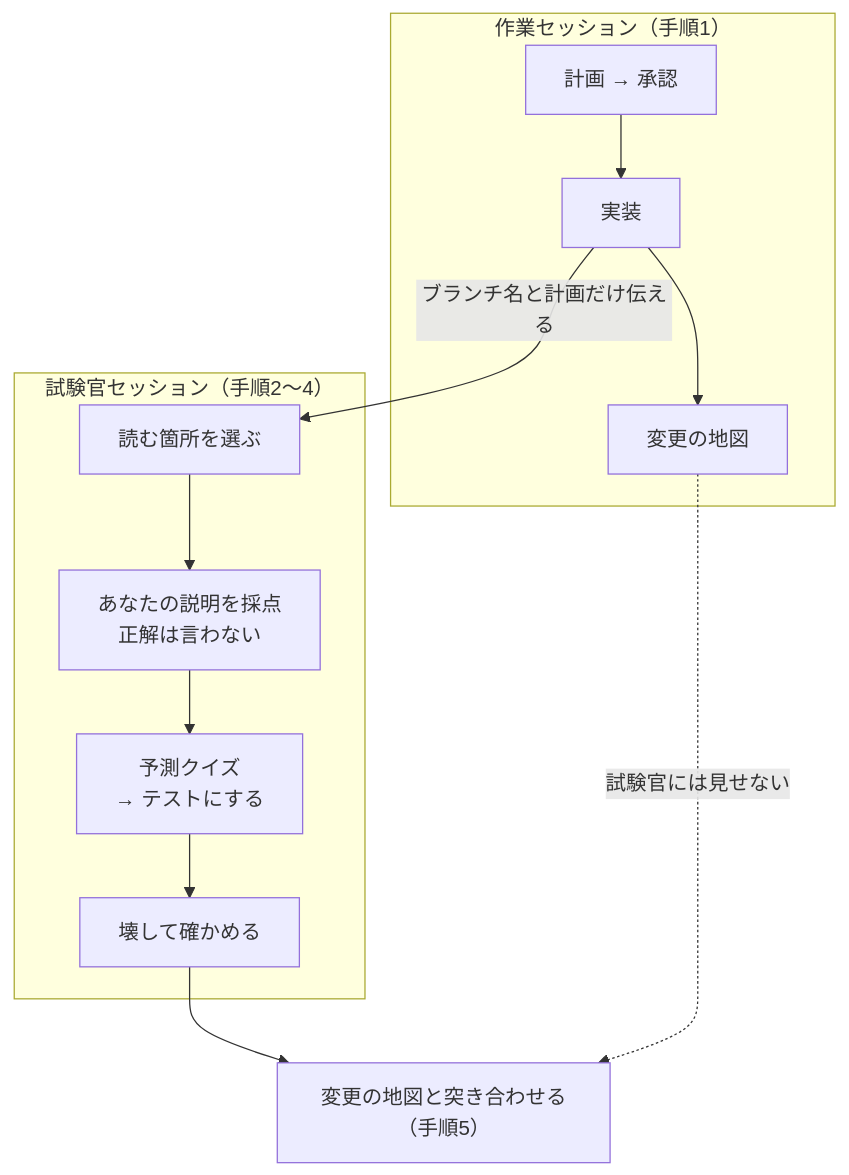
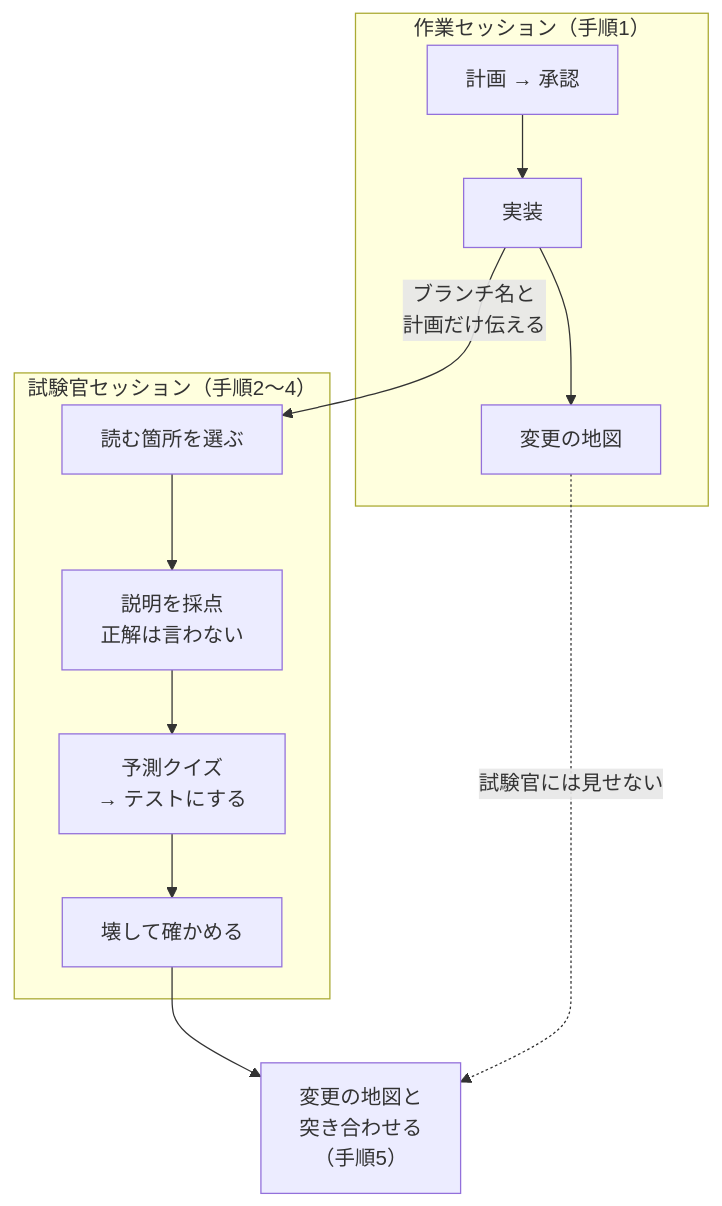
The diagram in README.md (cookkawasaki/dot-claude), drawn with Mermaid before and after one commit.

Commit message:
Set line breaks in diagram labels so GitHub does not wrap mid-word
Claude-Session: https://claude.ai/code/session_01WBfNx3NN7BKcavyKzyaQGu

````diff
--- a/README.md
+++ b/README.md
@@ -12,12 +12,12 @@
 ```mermaid
 flowchart TB
     subgraph A["作業セッション（手順1）"]
         A1["計画 → 承認"] --> A2["実装"] --> A3["変更の地図"]
     end
     subgraph B["試験官セッション（手順2〜4）"]
-        B1["読む箇所を選ぶ"] --> B2["あなたの説明を採点<br>正解は言わない"] --> B3["予測クイズ<br>→ テストにする"] --> B4["壊して確かめる"]
+        B1["読む箇所を選ぶ"] --> B2["説明を採点<br>正解は言わない"] --> B3["予測クイズ<br>→ テストにする"] --> B4["壊して確かめる"]
     end
-    A2 -- "ブランチ名と計画だけ伝える" --> B1
-    B4 --> C["変更の地図と突き合わせる（手順5）"]
+    A2 -- "ブランチ名と<br>計画だけ伝える" --> B1
+    B4 --> C["変更の地図と<br>突き合わせる<br>（手順5）"]
     A3 -. "試験官には見せない" .-> C
 ```
````
